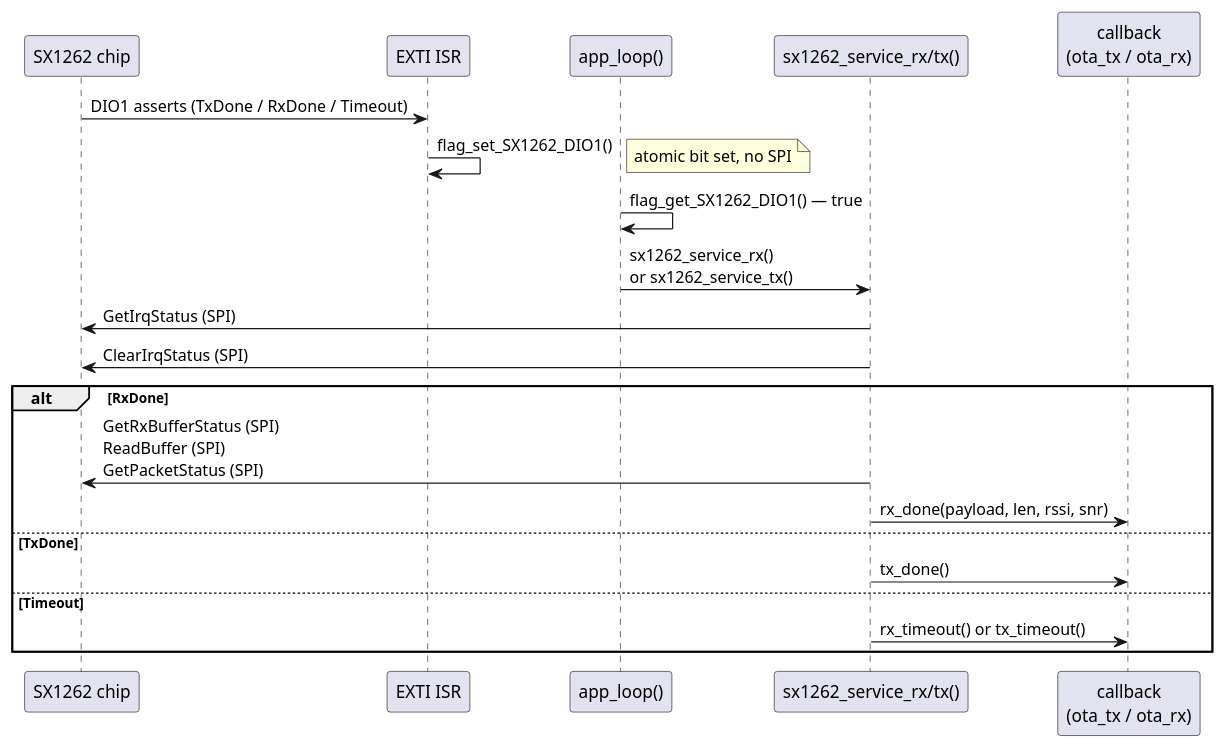
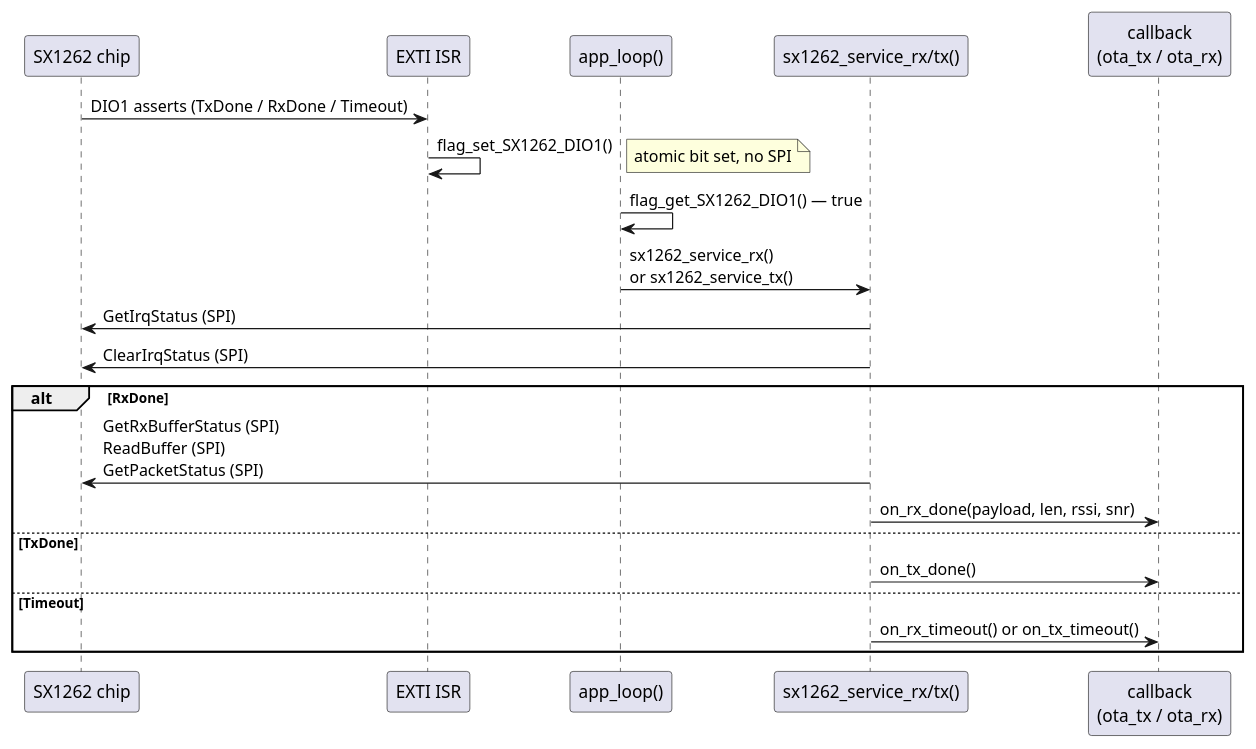
Before and after one commit to GM4AJK/gps-staff: the second of 2 diagrams in docs/arch/sx1262.md, drawn with PlantUML. The commit also changed other lines of this file and 3 other files, not shown here.

````diff
--- a/docs/arch/sx1262.md
+++ b/docs/arch/sx1262.md
@@ -118,27 +118,27 @@
 ```plantuml
 @startuml dio1-interrupt-model
 participant "SX1262 chip" as chip
 participant "EXTI ISR" as isr
 participant "app_loop()" as loop
 participant "sx1262_service_rx/tx()" as svc
 participant "callback\n(ota_tx / ota_rx)" as cb
 
 chip -> isr : DIO1 asserts (TxDone / RxDone / Timeout)
 isr -> isr : flag_set_SX1262_DIO1()
 note right: atomic bit set, no SPI
 
 loop -> loop : flag_get_SX1262_DIO1() — true
 loop -> svc : sx1262_service_rx()\nor sx1262_service_tx()
 svc -> chip : GetIrqStatus (SPI)
 svc -> chip : ClearIrqStatus (SPI)
 alt RxDone
   svc -> chip : GetRxBufferStatus (SPI)\nReadBuffer (SPI)\nGetPacketStatus (SPI)
-  svc -> cb : rx_done(payload, len, rssi, snr)
+  svc -> cb : on_rx_done(payload, len, rssi, snr)
 else TxDone
-  svc -> cb : tx_done()
+  svc -> cb : on_tx_done()
 else Timeout
-  svc -> cb : rx_timeout() or tx_timeout()
+  svc -> cb : on_rx_timeout() or on_tx_timeout()
 end
 
 @enduml
 ```
````
